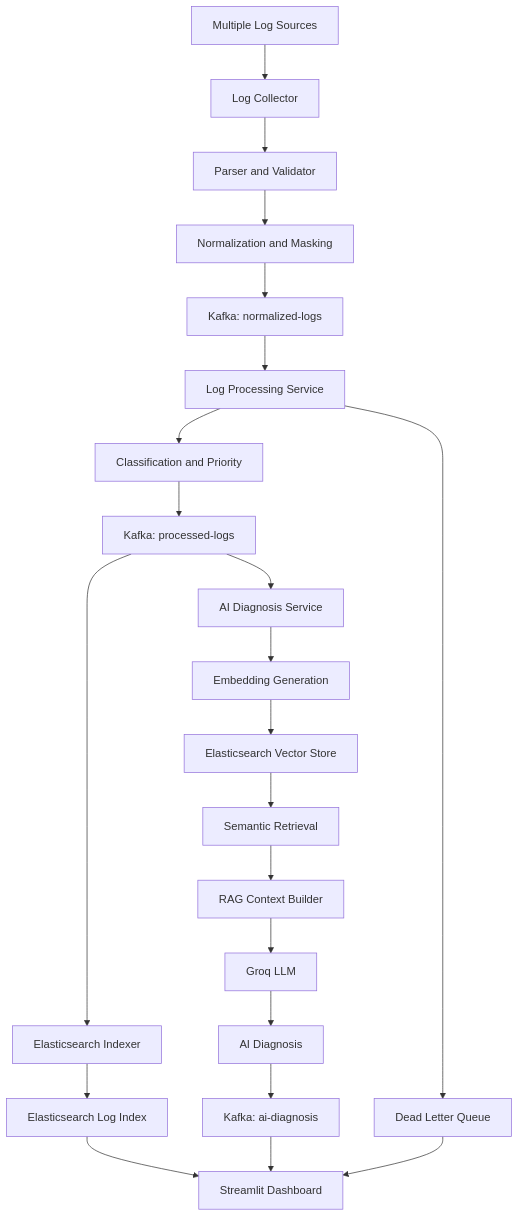
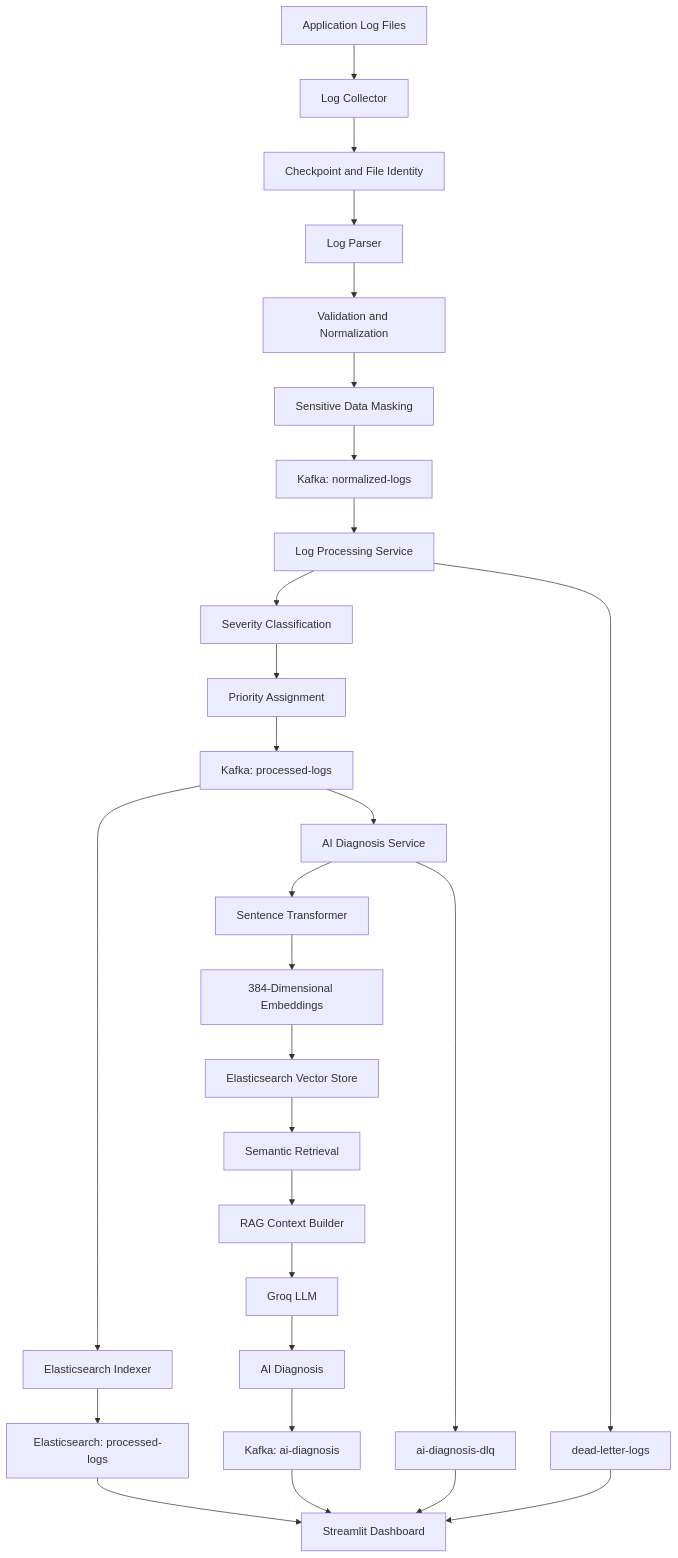
One commit to GAURAVSri123/Universal-Log-Processing-Framework changed the diagram in README.md. Above: the diagram before and after it, drawn with Mermaid. The commit also changed other lines of this file, not shown here.

````diff
--- a/README.md
+++ b/README.md
@@ -49,28 +54,36 @@
 ```mermaid
 flowchart TD
-    A["Multiple Log Sources"] --> B["Log Collector"]
-    B --> C["Parser and Validator"]
-    C --> D["Normalization and Masking"]
-    D --> E["Kafka: normalized-logs"]
+    A["Application Log Files"] --> B["Log Collector"]
+    B --> C["Checkpoint and File Identity"]
+    C --> D["Log Parser"]
+    D --> E["Validation and Normalization"]
+    E --> F["Sensitive Data Masking"]
+    F --> G["Kafka: normalized-logs"]
 
-    E --> F["Log Processing Service"]
-    F --> G["Classification and Priority"]
-    F --> H["Dead Letter Queue"]
+    G --> H["Log Processing Service"]
+    H --> I["Severity Classification"]
+    I --> J["Priority Assignment"]
 
-    G --> I["Kafka: processed-logs"]
-    I --> J["Elasticsearch Indexer"]
-    J --> K["Elasticsearch Log Index"]
+    H --> K["dead-letter-logs"]
+    J --> L["Kafka: processed-logs"]
 
-    I --> L["AI Diagnosis Service"]
-    L --> M["Embedding Generation"]
-    M --> N["Elasticsearch Vector Store"]
-    N --> O["Semantic Retrieval"]
-    O --> P["RAG Context Builder"]
-    P --> Q["Groq LLM"]
-    Q --> R["AI Diagnosis"]
-    R --> S["Kafka: ai-diagnosis"]
+    L --> M["Elasticsearch Indexer"]
+    M --> N["Elasticsearch: processed-logs"]
 
-    K --> T["Streamlit Dashboard"]
-    H --> T
-    S --> T
+    L --> O["AI Diagnosis Service"]
+    O --> P["Sentence Transformer"]
+    P --> Q["384-Dimensional Embeddings"]
+    Q --> R["Elasticsearch Vector Store"]
+    R --> S["Semantic Retrieval"]
+    S --> T["RAG Context Builder"]
+    T --> U["Groq LLM"]
+    U --> V["AI Diagnosis"]
+    V --> W["Kafka: ai-diagnosis"]
+
+    O --> X["ai-diagnosis-dlq"]
+
+    N --> Y["Streamlit Dashboard"]
+    W --> Y
+    K --> Y
+    X --> Y
 ```
````
